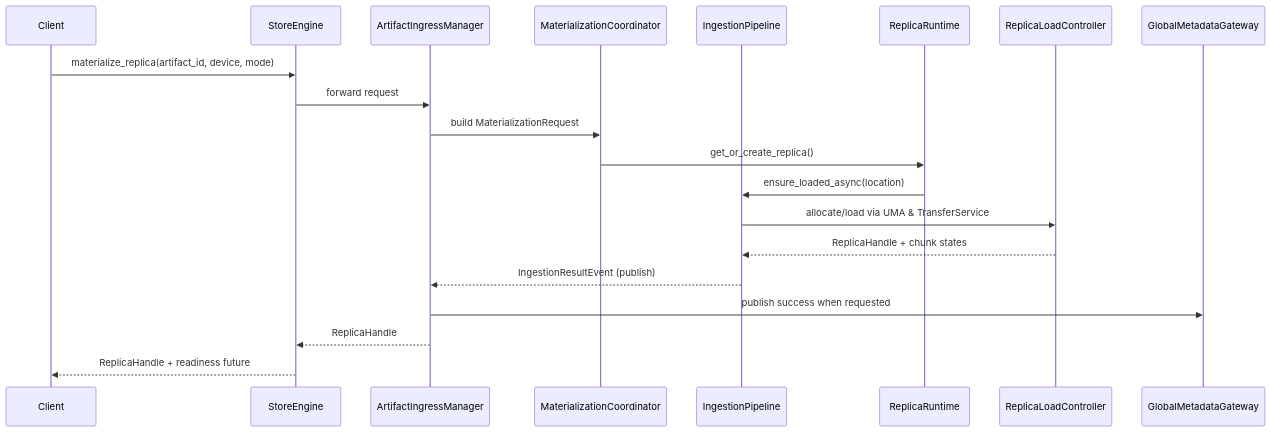
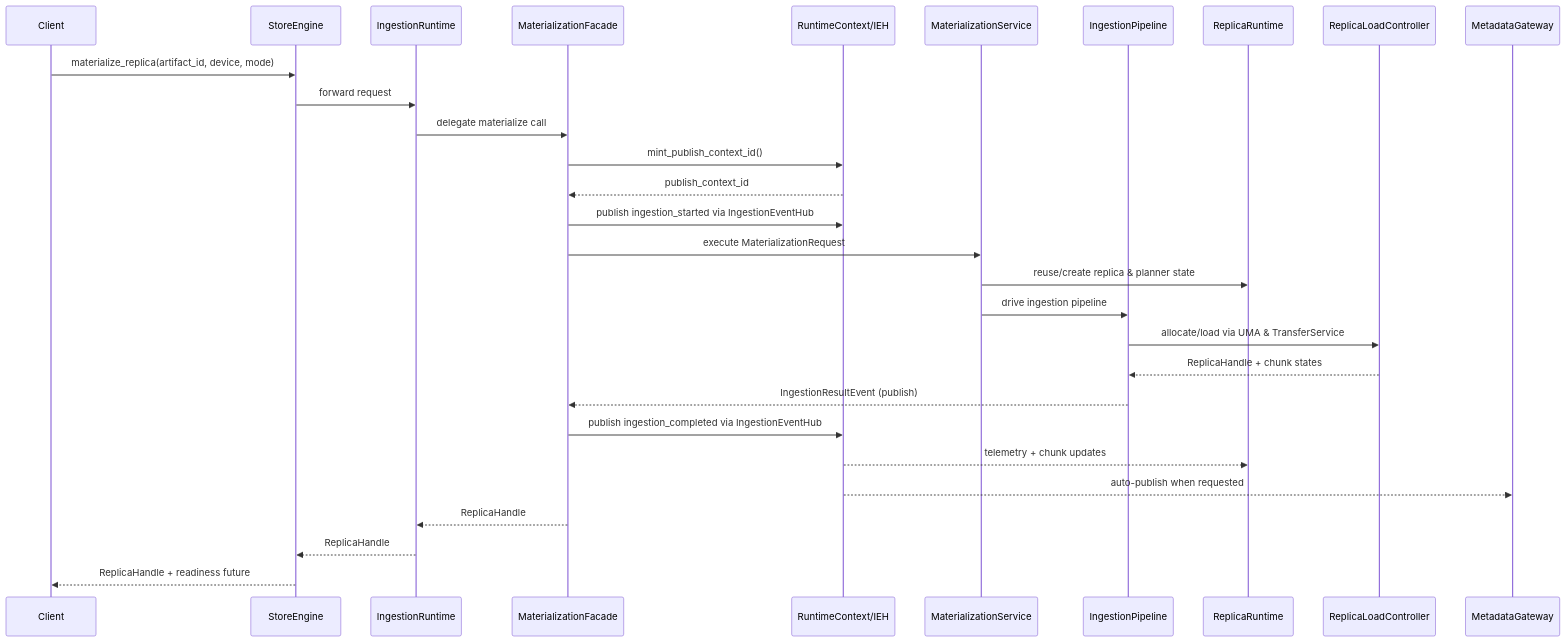
The third of 4 diagrams in core/store/docs/architecture.md (tensorcast-ai/tensorcast), drawn with Mermaid before and after one commit. The commit also changed other lines of this file and 101 other files, not shown here.

````diff
--- a/core/store/docs/architecture.md
+++ b/core/store/docs/architecture.md
@@ -202,23 +274,32 @@
 ```mermaid
 sequenceDiagram
     participant Client
     participant SE as StoreEngine
-    participant AIM as ArtifactIngressManager
-    participant MC as MaterializationCoordinator
+    participant IR as IngestionRuntime
+    participant MF as MaterializationFacade
+    participant RC as RuntimeContext/IEH
+    participant MZ as MaterializationService
     participant IP as IngestionPipeline
     participant RR as ReplicaRuntime
     participant RLC as ReplicaLoadController
-    participant GMG as GlobalMetadataGateway
+    participant MG as MetadataGateway
 
     Client->>SE: materialize_replica(artifact_id, device, mode)
-    SE->>AIM: forward request
-    AIM->>MC: build MaterializationRequest
-    MC->>RR: get_or_create_replica()
-    RR->>IP: ensure_loaded_async(location)
+    SE->>IR: forward request
+    IR->>MF: delegate materialize call
+    MF->>RC: mint_publish_context_id()
+    RC-->>MF: publish_context_id
+    MF->>RC: publish ingestion_started via IngestionEventHub
+    MF->>MZ: execute MaterializationRequest
+    MZ->>RR: reuse/create replica & planner state
+    MZ->>IP: drive ingestion pipeline
     IP->>RLC: allocate/load via UMA & TransferService
     RLC-->>IP: ReplicaHandle + chunk states
-    IP-->>AIM: IngestionResultEvent (publish)
-    AIM->>GMG: publish success when requested
-    AIM-->>SE: ReplicaHandle
+    IP-->>MF: IngestionResultEvent (publish)
+    MF->>RC: publish ingestion_completed via IngestionEventHub
+    RC-->>RR: telemetry + chunk updates
+    RC-->>MG: auto-publish when requested
+    MF-->>IR: ReplicaHandle
+    IR-->>SE: ReplicaHandle
     SE-->>Client: ReplicaHandle + readiness future
 ```
````
